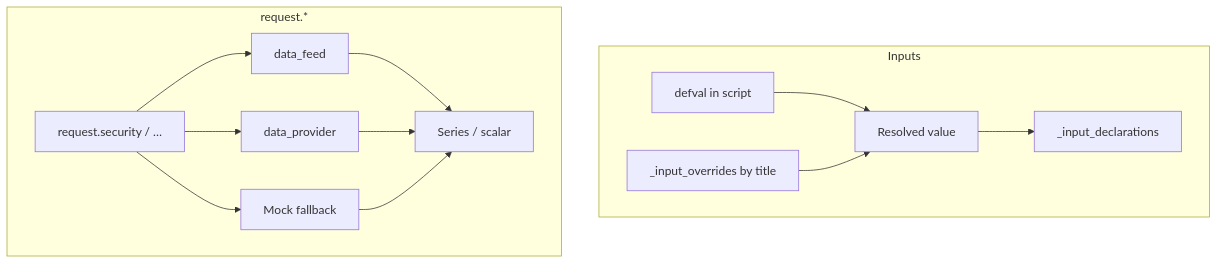
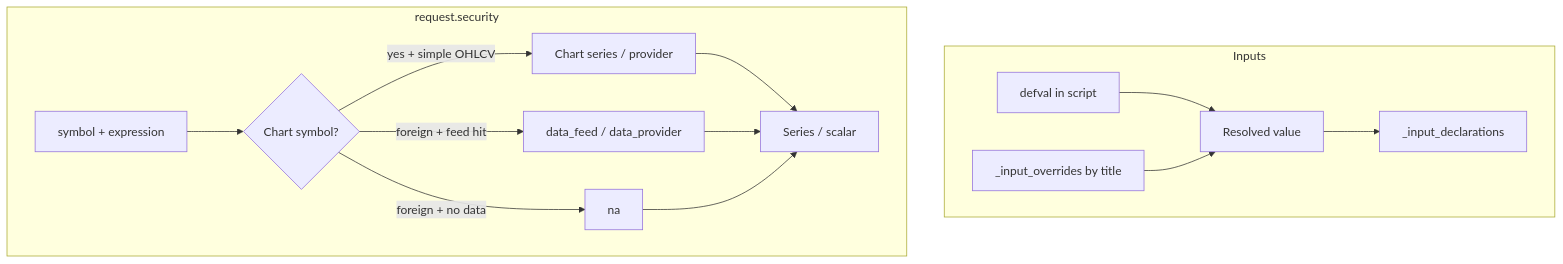
The diagram in docs/pyne/runtime/builtins/request-input.mdx (hoox-sh/pyne), drawn with Mermaid before and after one commit. The commit also changed other lines of this file and 81 other files, not shown here.

````diff
--- a/docs/pyne/runtime/builtins/request-input.mdx
+++ b/docs/pyne/runtime/builtins/request-input.mdx
@@ -33,18 +35,19 @@
 ```mermaid
 flowchart TB
   subgraph inputs [Inputs]
     Def[defval in script]
     Over[_input_overrides by title]
     Def --> Res[Resolved value]
     Over --> Res
     Res --> Meta[_input_declarations]
   end
-  subgraph req [request.*]
-    Call[request.security / …] --> Feed[data_feed]
-    Call --> Prov[data_provider]
-    Feed --> Out[Series / scalar]
-    Prov --> Out
-    Call --> Mock[Mock fallback]
-    Mock --> Out
+  subgraph req [request.security]
+    Call[symbol + expression] --> Chart{Chart symbol?}
+    Chart -->|yes + simple OHLCV| Host[Chart series / provider]
+    Chart -->|foreign + feed hit| Feed[data_feed / data_provider]
+    Chart -->|foreign + no data| Na[na]
+    Host --> Out[Series / scalar]
+    Feed --> Out
+    Na --> Out
   end
 ```
````
